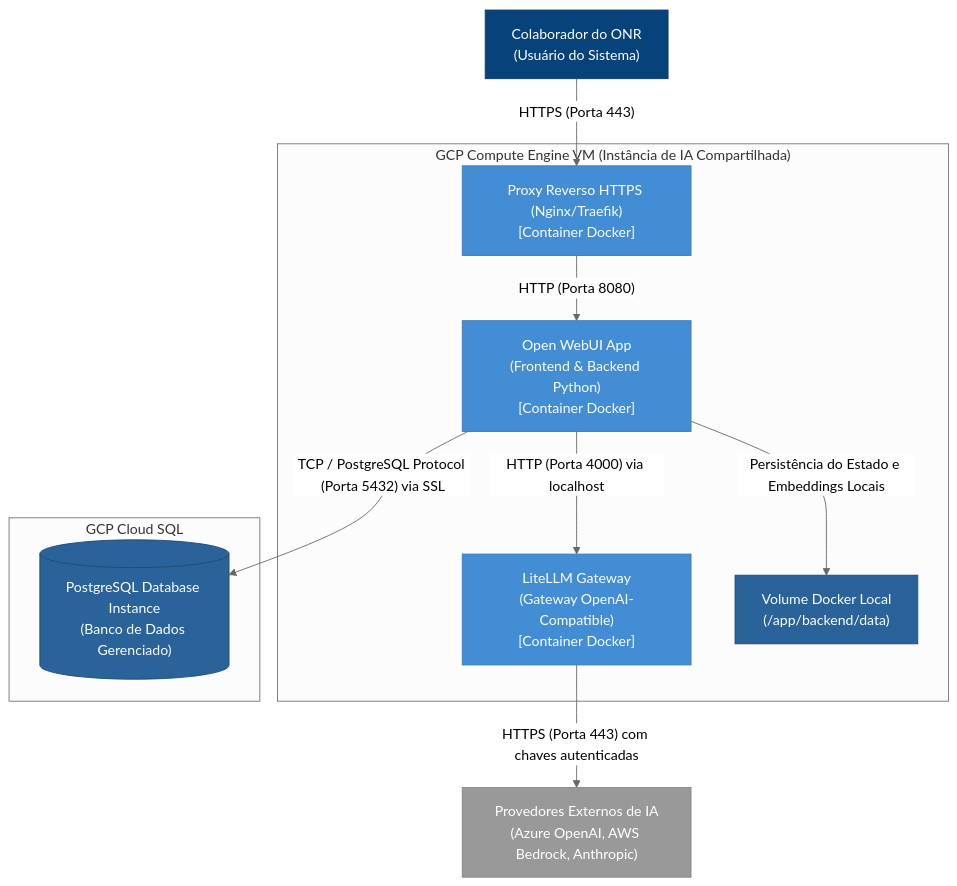
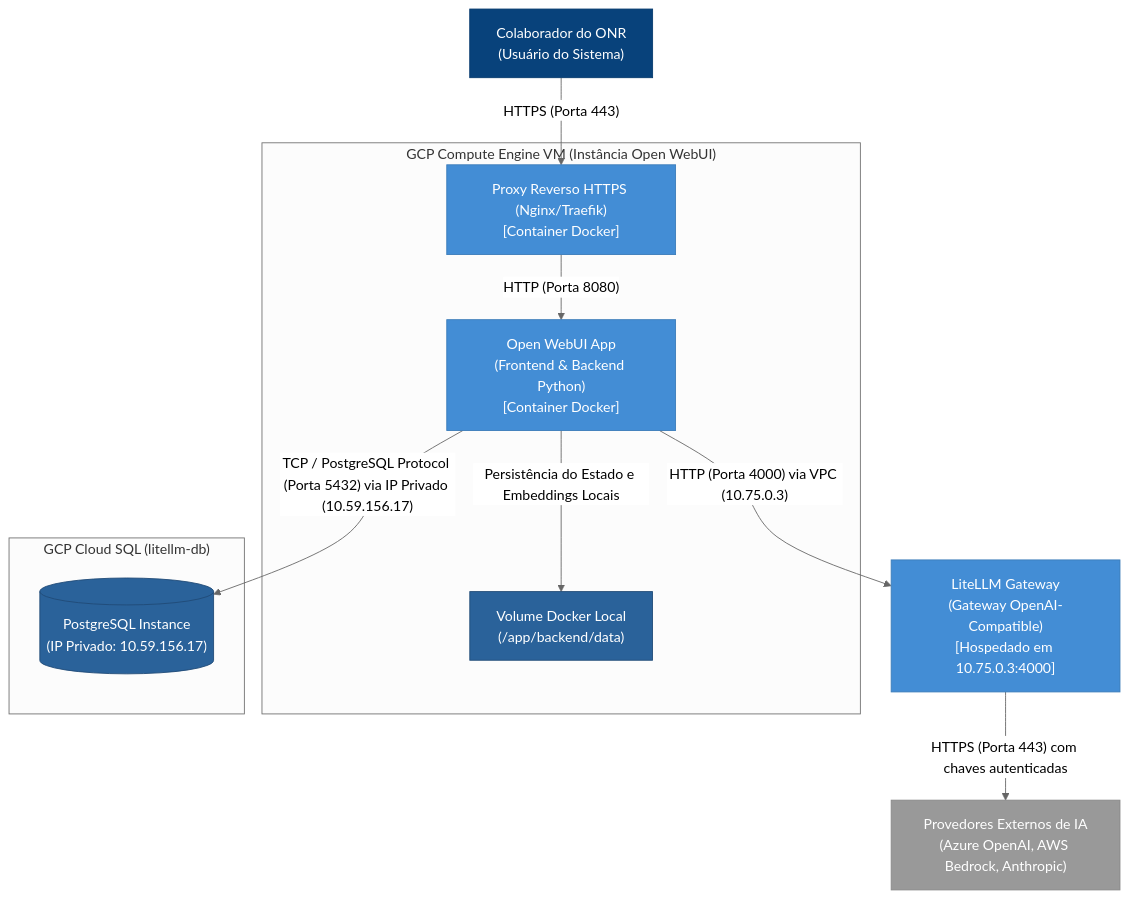
One commit to onr-dados-ia/lab-openwebui changed the second of 2 diagrams in docs/architecture.md. Above: the diagram before and after it, drawn with Mermaid (neutral theme). The commit also changed other lines of this file and 1 other file, not shown here.

Commit message:
docs: atualizar arquitetura e infraestrutura com dados reais de rede, vpc e cloudsql do gcp para open webui

````diff
--- a/docs/architecture.md
+++ b/docs/architecture.md
@@ -52,44 +52,45 @@
 ```mermaid
 graph TB
     %% Estilos de nós
     classDef person fill:#08427b,stroke:#073b6e,color:#fff;
     classDef container fill:#438dd5,stroke:#3b7cb9,color:#fff;
     classDef db_container fill:#2a629a,stroke:#204b77,color:#fff;
     classDef ext_system fill:#999999,stroke:#888888,color:#fff;
 
     %% Elementos Externos
     Colaborador["Colaborador do ONR<br/>(Usuário do Sistema)"]:::person
     ProvedoresIA["Provedores Externos de IA<br/>(Azure OpenAI, AWS Bedrock, Anthropic)"]:::ext_system
 
     %% Fronteira da VM GCP
-    subgraph VM_GCP ["GCP Compute Engine VM (Instância de IA Compartilhada)"]
+    subgraph VM_GCP ["GCP Compute Engine VM (Instância Open WebUI)"]
         
         NginxProxy["Proxy Reverso HTTPS (Nginx/Traefik)<br/>[Container Docker]"]:::container
         
         OpenWebUI["Open WebUI App<br/>(Frontend & Backend Python)<br/>[Container Docker]"]:::container
         
-        LiteLLM["LiteLLM Gateway<br/>(Gateway OpenAI-Compatible)<br/>[Container Docker]"]:::container
-        
         DockerVolume["Volume Docker Local<br/>(/app/backend/data)"]:::db_container
         
     end
 
-    %% Banco de Dados Externo à VM (Serviço Gerenciado)
-    subgraph GCP_Cloud_SQL ["GCP Cloud SQL"]
-        PostgreSQL_DB[("PostgreSQL Database Instance<br/>(Banco de Dados Gerenciado)")]:::db_container
+    %% Instância Externa de Gateway de Modelos
+    LiteLLM["LiteLLM Gateway<br/>(Gateway OpenAI-Compatible)<br/>[Hospedado em 10.75.0.3:4000]"]:::container
+
+    %% Banco de Dados Externo à VM (Serviço Gerenciado no projeto projeto-ai-ml-develop)
+    subgraph GCP_Cloud_SQL ["GCP Cloud SQL (litellm-db)"]
+        PostgreSQL_DB[("PostgreSQL Instance<br/>(IP Privado: 10.59.156.17)")]:::db_container
     end
 
     %% Fluxos de Comunicação (Protocolos e Portas)
     Colaborador -- "HTTPS (Porta 443)" --> NginxProxy
     NginxProxy -- "HTTP (Porta 8080)" --> OpenWebUI
     
-    %% Comunicação Local de Rede Loopback
-    OpenWebUI -- "HTTP (Porta 4000) via localhost" --> LiteLLM
+    %% Comunicação de Rede via VPC
+    OpenWebUI -- "HTTP (Porta 4000) via VPC (10.75.0.3)" --> LiteLLM
     
     %% Persistência de Dados e RAG Local
     OpenWebUI -- "Persistência do Estado e Embeddings Locais" --> DockerVolume
-    OpenWebUI -- "TCP / PostgreSQL Protocol (Porta 5432) via SSL" --> PostgreSQL_DB
+    OpenWebUI -- "TCP / PostgreSQL Protocol (Porta 5432) via IP Privado (10.59.156.17)" --> PostgreSQL_DB
     
     %% Roteamento externo de chamadas do LLM
     LiteLLM -- "HTTPS (Porta 443) com chaves autenticadas" --> ProvedoresIA
 ```
````
